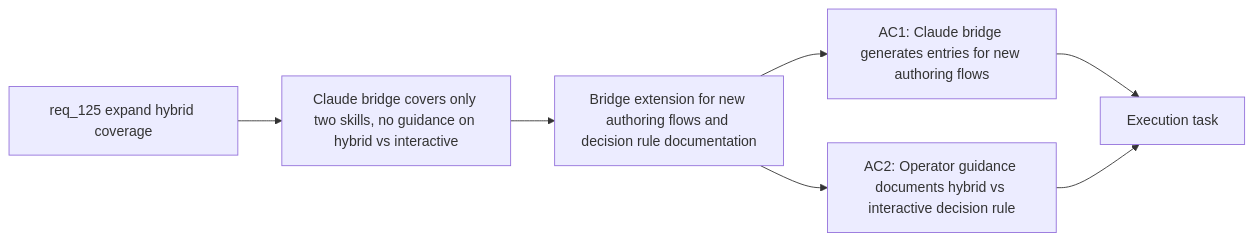
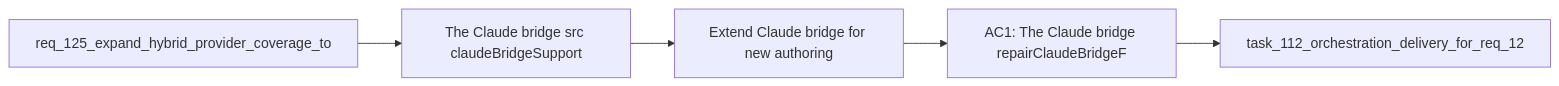
Before and after one commit to AlexAgo83/logics-manager: the diagram in logics/backlog/item_228_extend_claude_bridge_for_new_authoring_flows_and_add_operator_guidance.md, drawn with Mermaid. The commit also changed other lines of this file and 481 other files, not shown here.

````diff
--- a/logics/backlog/item_228_extend_claude_bridge_for_new_authoring_flows_and_add_operator_guidance.md
+++ b/logics/backlog/item_228_extend_claude_bridge_for_new_authoring_flows_and_add_operator_guidance.md
@@ -22,11 +22,9 @@
 ```mermaid
 %% logics-kind: backlog
 %% logics-signature: backlog|extend-claude-bridge-for-new-authoring-f|req-125-expand-hybrid-provider-coverage-|the-claude-bridge-src-claudebridgesuppor|ac1-the-claude-bridge-repairclaudebridge
 flowchart LR
-    Request[req_125 expand hybrid coverage] --> Problem[Claude bridge covers only two skills, no guidance on hybrid vs interactive]
-    Problem --> Scope[Bridge extension for new authoring flows and decision rule documentation]
-    Scope --> AC1[AC1: Claude bridge generates entries for new authoring flows]
-    Scope --> AC2[AC2: Operator guidance documents hybrid vs interactive decision rule]
-    AC1 --> Tasks[Execution task]
-    AC2 --> Tasks
+    Request[req_125_expand_hybrid_provider_coverage_to] --> Problem[The Claude bridge src claudeBridgeSupport]
+    Problem --> Scope[Extend Claude bridge for new authoring]
+    Scope --> Acceptance[AC1: The Claude bridge repairClaudeBridgeF]
+    Acceptance --> Tasks[task_112_orchestration_delivery_for_req_12]
 ```
````
